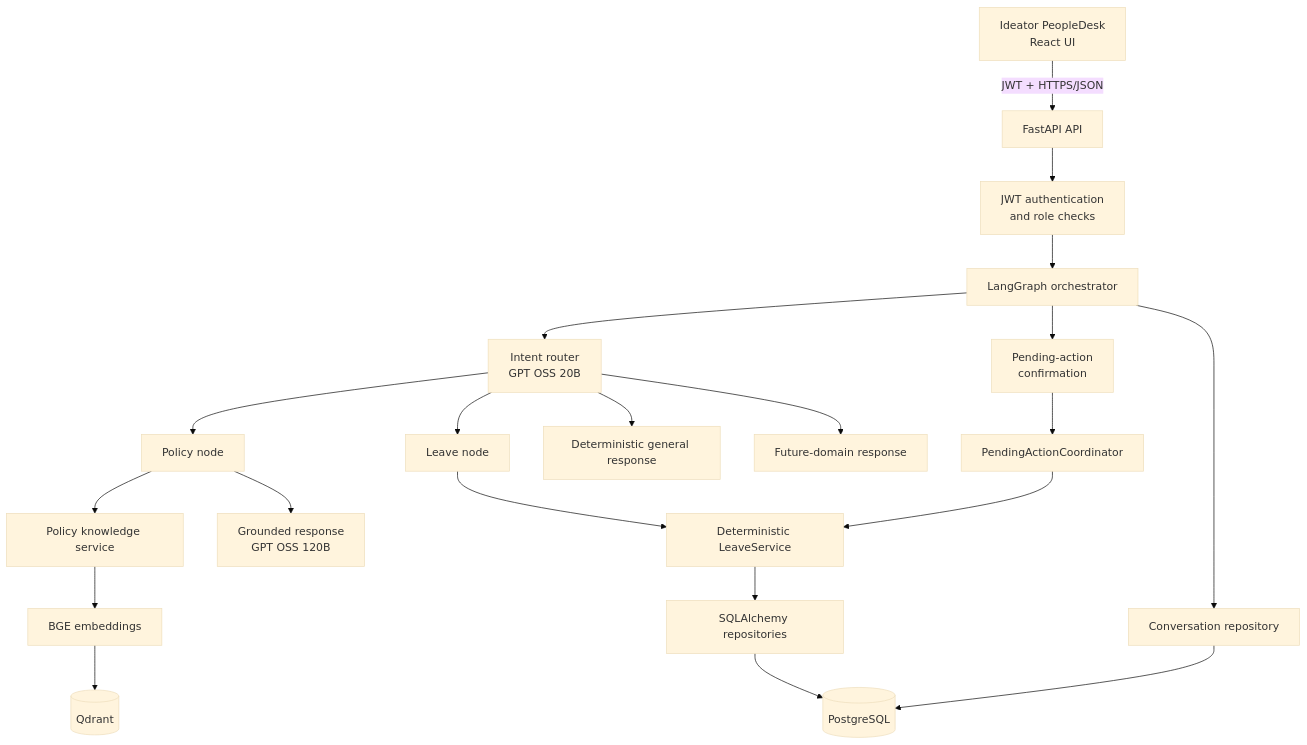
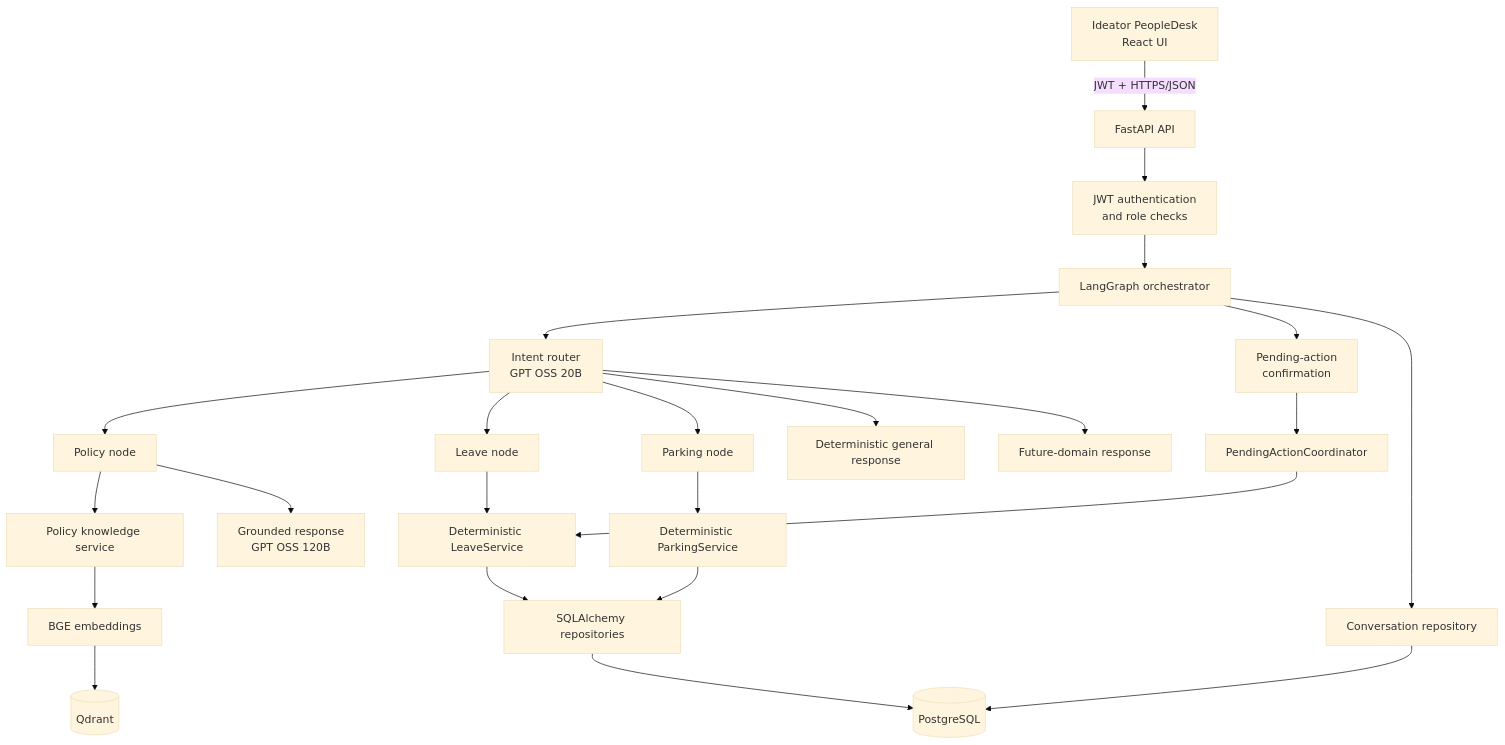
The first of 3 diagrams in ARCHITECTURE.md (Hariharan27/Agentic-HR-Employee-Assistant), drawn with Mermaid (base theme) before and after one commit. The commit also changed other lines of this file and 20 other files, not shown here.

````diff
--- a/ARCHITECTURE.md
+++ b/ARCHITECTURE.md
@@ -36,27 +36,30 @@
 ```mermaid
 flowchart TB
     UI[Ideator PeopleDesk\nReact UI] -->|JWT + HTTPS/JSON| API[FastAPI API]
     API --> AUTH[JWT authentication\nand role checks]
     AUTH --> GRAPH[LangGraph orchestrator]
 
     GRAPH --> ROUTER[Intent router\nGPT OSS 20B]
     GRAPH --> CONFIRM[Pending-action\nconfirmation]
     ROUTER --> POLICY[Policy node]
     ROUTER --> LEAVE[Leave node]
+    ROUTER --> PARKING[Parking node]
     ROUTER --> GENERAL[Deterministic general response]
     ROUTER --> UNSUPPORTED[Future-domain response]
 
     POLICY --> RAG[Policy knowledge service]
     RAG --> EMBED[BGE embeddings]
     EMBED --> QDRANT[(Qdrant)]
     POLICY --> ANSWER[Grounded response\nGPT OSS 120B]
 
     LEAVE --> SERVICE[Deterministic LeaveService]
+    PARKING --> PARKING_SERVICE[Deterministic ParkingService]
     CONFIRM --> PENDING[PendingActionCoordinator]
     PENDING --> SERVICE
     SERVICE --> REPO[SQLAlchemy repositories]
+    PARKING_SERVICE --> REPO
     REPO --> POSTGRES[(PostgreSQL)]
 
     GRAPH --> CONVERSATION[Conversation repository]
     CONVERSATION --> POSTGRES
 ```
````
